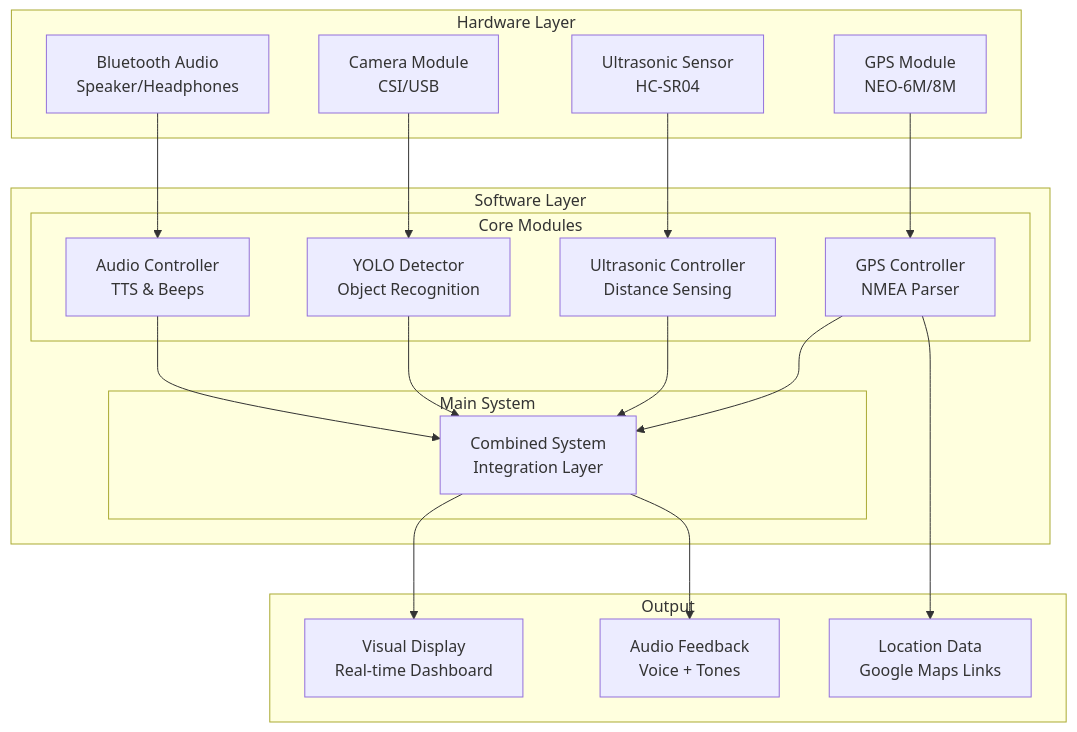
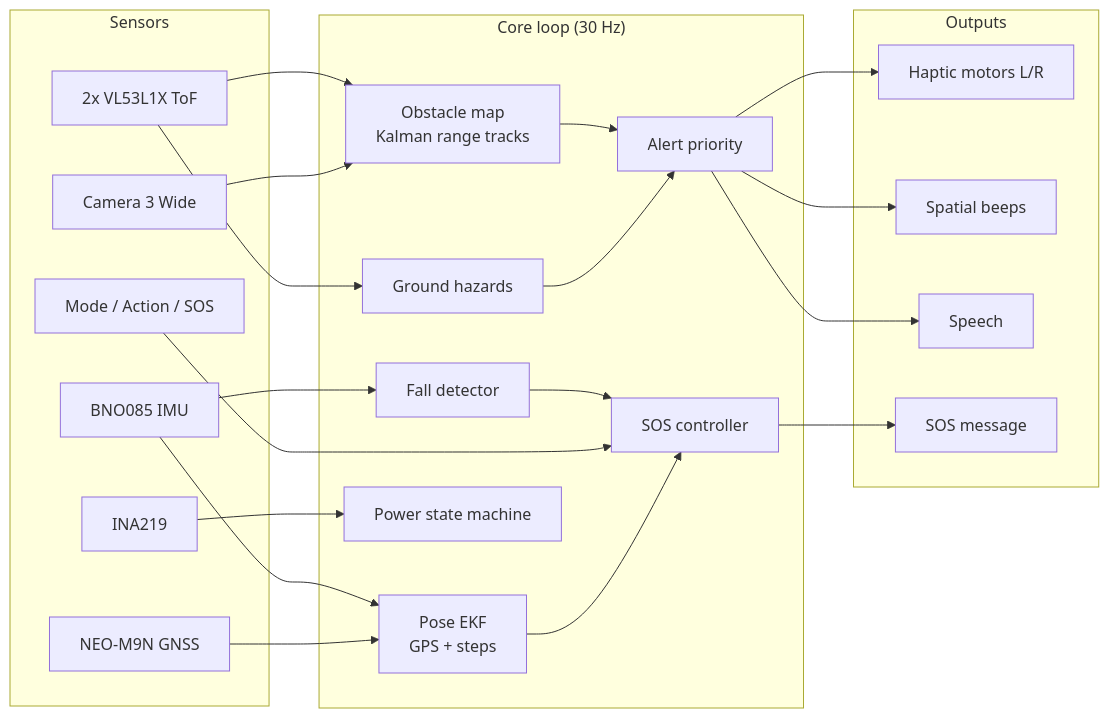
One commit to robofan45/Newnavsight changed the diagram in README.md. Above: the diagram before and after it, drawn with Mermaid. The commit also changed other lines of this file and 3 other files, not shown here.

First line of the commit message:
docs: describe v2 setup, wiring and architecture

````diff
--- a/README.md
+++ b/README.md
@@ -13,42 +30,42 @@
 ```mermaid
-graph TB
-    subgraph "Hardware Layer"
-        GPS[GPS Module<br/>NEO-6M/8M]
-        US[Ultrasonic Sensor<br/>HC-SR04]
-        CAM[Camera Module<br/>CSI/USB]
-        BT[Bluetooth Audio<br/>Speaker/Headphones]
+graph LR
+    subgraph Sensors
+        TOF[2x VL53L1X ToF]
+        IMU[BNO085 IMU]
+        GPS[NEO-M9N GNSS]
+        CAM[Camera 3 Wide]
+        PWR[INA219]
+        BTN[Mode / Action / SOS]
     end
-    
-    subgraph "Software Layer"
-        subgraph "Core Modules"
-            GPSC[GPS Controller<br/>NMEA Parser]
-            USC[Ultrasonic Controller<br/>Distance Sensing]
-            YOLO[YOLO Detector<br/>Object Recognition]
-            AUDIO[Audio Controller<br/>TTS & Beeps]
-        end
-        
-        subgraph "Main System"
-            COMB[Combined System<br/>Integration Layer]
-        end
+    subgraph "Core loop (30 Hz)"
+        MAP[Obstacle map<br/>Kalman range tracks]
+        GND[Ground hazards]
+        EKF[Pose EKF<br/>GPS + steps]
+        FALL[Fall detector]
+        PSM[Power state machine]
+        ALR[Alert priority]
+        SOS[SOS controller]
     end
-    
-    subgraph "Output"
-        VIS[Visual Display<br/>Real-time Dashboard]
-        AUD[Audio Feedback<br/>Voice + Tones]
-        DATA[Location Data<br/>Google Maps Links]
+    subgraph Outputs
+        HAP[Haptic motors L/R]
+        AUD[Spatial beeps]
+        TTS[Speech]
+        NET[SOS message]
     end
-    
-    GPS --> GPSC
-    US --> USC
-    CAM --> YOLO
-    BT --> AUDIO
-    
-    GPSC --> COMB
-    USC --> COMB
-    YOLO --> COMB
-    AUDIO --> COMB
-    
-    COMB --> VIS
-    COMB --> AUD
-    GPSC --> DATA
+    TOF --> MAP
+    TOF --> GND
+    CAM --> MAP
+    IMU --> EKF
+    GPS --> EKF
+    IMU --> FALL
+    PWR --> PSM
+    MAP --> ALR
+    GND --> ALR
+    FALL --> SOS
+    BTN --> SOS
+    EKF --> SOS
+    ALR --> HAP
+    ALR --> AUD
+    ALR --> TTS
+    SOS --> NET
 ```
````
